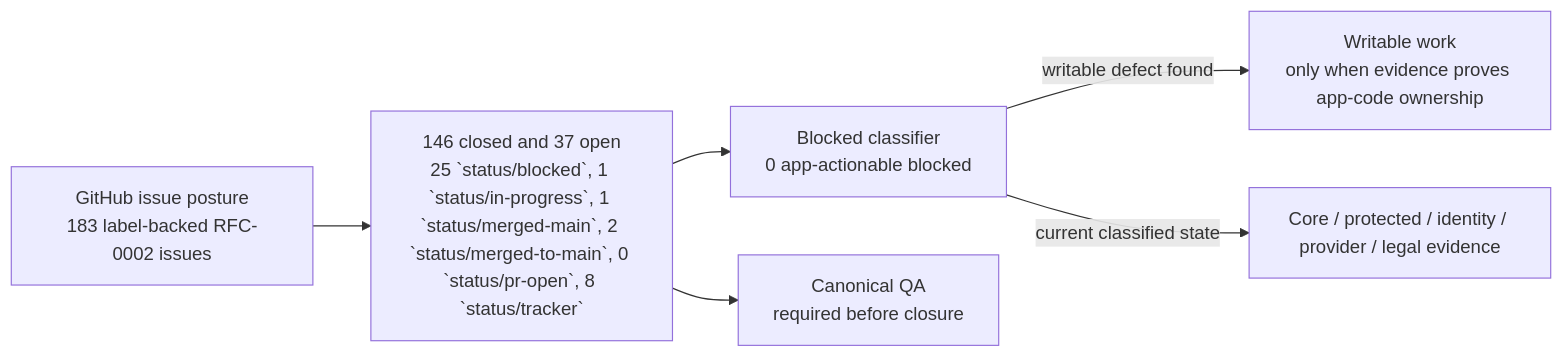
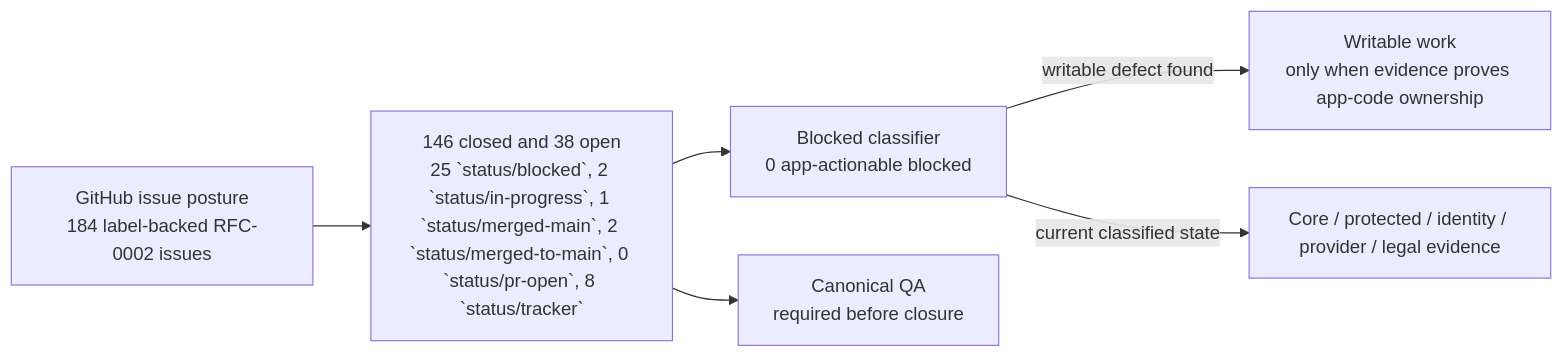
One commit to sgajbi/lotus-idea changed the first of 2 diagrams in wiki/RFC-0002-Execution-Status.md. Above: the diagram before and after it, drawn with Mermaid. The commit also changed other lines of this file and 10 other files, not shown here.

````diff
--- a/wiki/RFC-0002-Execution-Status.md
+++ b/wiki/RFC-0002-Execution-Status.md
@@ -39,15 +39,15 @@
 ```mermaid
 flowchart LR
-    Issues["GitHub issue posture<br/>183 label-backed RFC-0002 issues"]
-    Open["146 closed and 37 open<br/>25 `status/blocked`, 1 `status/in-progress`, 1 `status/merged-main`, 2 `status/merged-to-main`, 0 `status/pr-open`, 8 `status/tracker`"]
+    Issues["GitHub issue posture<br/>184 label-backed RFC-0002 issues"]
+    Open["146 closed and 38 open<br/>25 `status/blocked`, 2 `status/in-progress`, 1 `status/merged-main`, 2 `status/merged-to-main`, 0 `status/pr-open`, 8 `status/tracker`"]
     Blocked["Blocked classifier<br/>0 app-actionable blocked"]
     Work["Writable work<br/>only when evidence proves app-code ownership"]
     External["Core / protected / identity / provider / legal evidence"]
     QA["Canonical QA<br/>required before closure"]
 
     Issues --> Open
     Open --> Blocked
     Blocked -->|"writable defect found"| Work
     Blocked -->|"current classified state"| External
     Open --> QA
 ```
````
